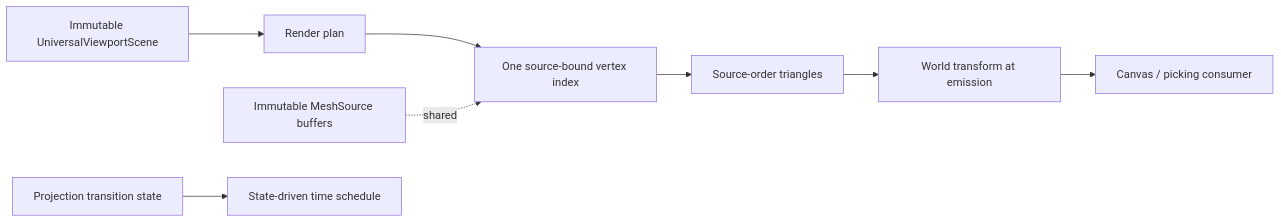
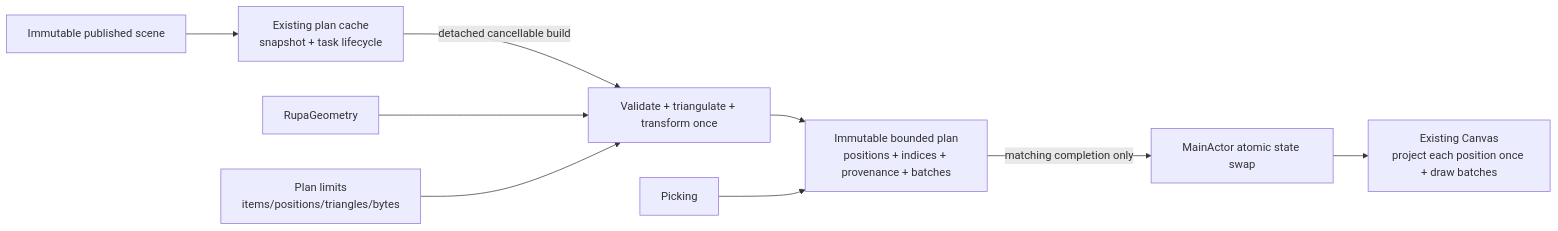
The first of 2 diagrams in RupaKit/Sources/RupaRendering/DESIGN.md (1amageek/Rupa), drawn with Mermaid before and after one commit. The commit also changed other lines of this file and 13 other files, not shown here.

````diff
--- a/RupaKit/Sources/RupaRendering/DESIGN.md
+++ b/RupaKit/Sources/RupaRendering/DESIGN.md
@@ -46,10 +50,11 @@
 ```mermaid
 flowchart LR
-    Snapshot["Immutable UniversalViewportScene"] --> Plan["Render plan"]
-    Plan --> Index["One source-bound vertex index"]
-    Index --> Triangles["Source-order triangles"]
-    Triangles --> Transform["World transform at emission"]
-    Transform --> Consumer["Canvas / picking consumer"]
-    Source["Immutable MeshSource buffers"] -. shared .-> Index
-    Clock["Projection transition state"] --> Schedule["State-driven time schedule"]
+    Scene["Immutable published scene"] --> Cache["Existing plan cache\nsnapshot + task lifecycle"]
+    Cache -->|detached cancellable build| Build["Validate + triangulate + transform once"]
+    Geometry["RupaGeometry"] --> Build
+    Limits["Plan limits\nitems/positions/triangles/bytes"] --> Build
+    Build --> Plan["Immutable bounded plan\npositions + indices + provenance + batches"]
+    Plan -->|matching completion only| State["MainActor atomic state swap"]
+    State --> Canvas["Existing Canvas\nproject each position once + draw batches"]
+    Picking["Picking"] --> Plan
 ```
````
